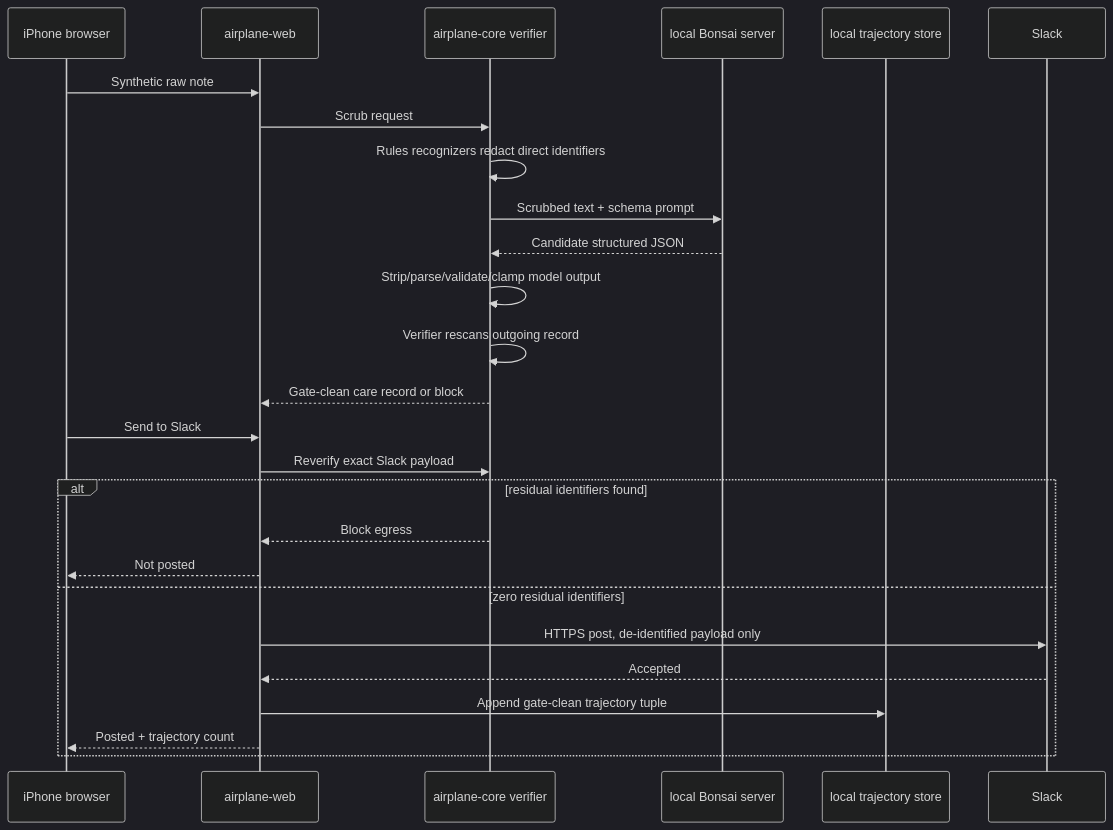
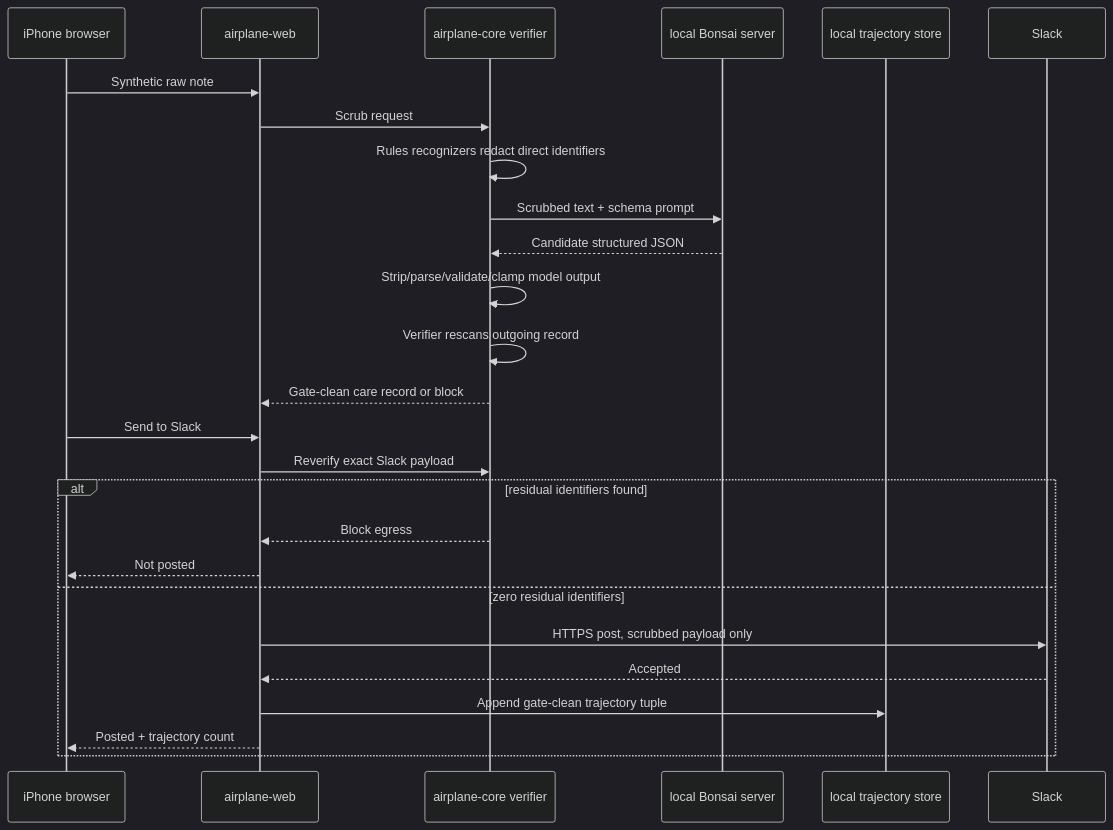
Before and after one commit to ChaiWithJai/airplane-mode: the third of 3 diagrams in docs/demo/system-network-data-flows.md, drawn with Mermaid (dark theme). The commit also changed 7 other files, not shown here.

````diff
--- a/docs/demo/system-network-data-flows.md
+++ b/docs/demo/system-network-data-flows.md
@@ -63,29 +63,29 @@
 ```mermaid
 sequenceDiagram
   participant Phone as iPhone browser
   participant Web as airplane-web
   participant Core as airplane-core verifier
   participant Model as local Bonsai server
   participant Store as local trajectory store
   participant Slack as Slack #coach-records
 
   Phone->>Web: Synthetic raw note
   Web->>Core: Scrub request
   Core->>Core: Rules recognizers redact direct identifiers
   Core->>Model: Scrubbed text + schema prompt
   Model-->>Core: Candidate structured JSON
   Core->>Core: Strip/parse/validate/clamp model output
   Core->>Core: Verifier rescans outgoing record
   Core-->>Web: Gate-clean care record or block
   Phone->>Web: Send to Slack
   Web->>Core: Reverify exact Slack payload
   alt residual identifiers found
     Core-->>Web: Block egress
     Web-->>Phone: Not posted
   else zero residual identifiers
-    Web->>Slack: HTTPS post, de-identified payload only
+    Web->>Slack: HTTPS post, scrubbed payload only
     Slack-->>Web: Accepted
     Web->>Store: Append gate-clean trajectory tuple
     Web-->>Phone: Posted + trajectory count
   end
 ```
````
